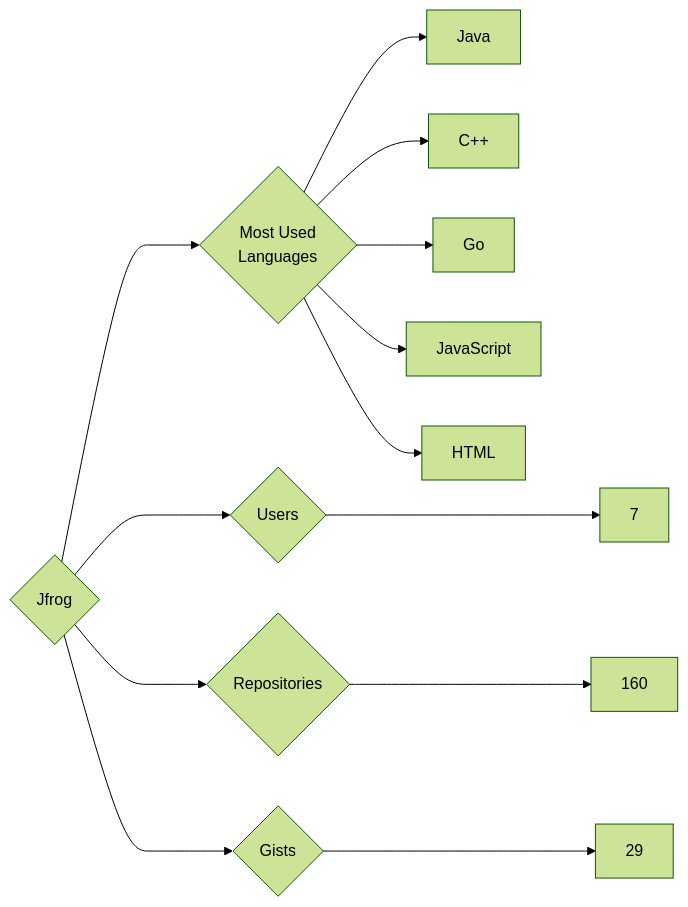
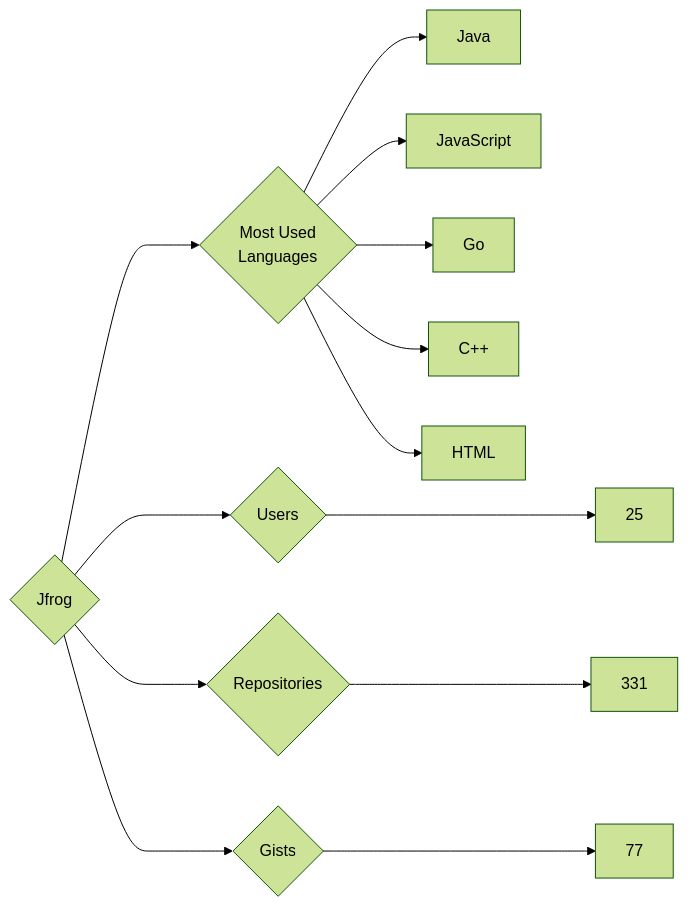
One commit to trickest/insiders changed the diagram in targets/Jfrog/README.md. Above: the diagram before and after it, drawn with Mermaid (forest theme). The commit also changed 569 other files, not shown here.

````diff
--- a/targets/Jfrog/README.md
+++ b/targets/Jfrog/README.md
@@ -3,13 +3,13 @@
 ```mermaid
 graph LR
 COMPANY_NAME{Jfrog}
-COMPANY_NAME ---> U{Users} ---> UN[7]
-COMPANY_NAME ---> R{Repositories} ---> RN[160]
-COMPANY_NAME ---> G{Gists} ---> GN[29]
+COMPANY_NAME ---> U{Users} ---> UN[25]
+COMPANY_NAME ---> R{Repositories} ---> RN[331]
+COMPANY_NAME ---> G{Gists} ---> GN[77]
 COMPANY_NAME ---> ML{Most Used<br>Languages}
 ML --> Java[Java]
+ML --> JavaScript[JavaScript]
+ML --> Go[Go]
 ML --> C++[C++]
-ML --> Go[Go]
-ML --> JavaScript[JavaScript]
 ML --> HTML[HTML]
 ```
````
